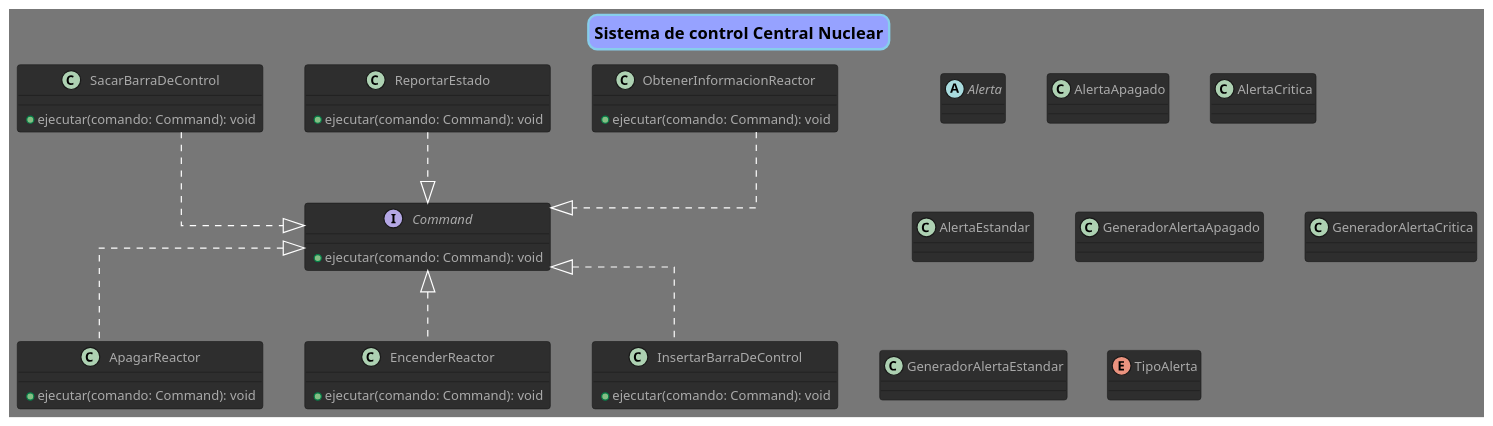
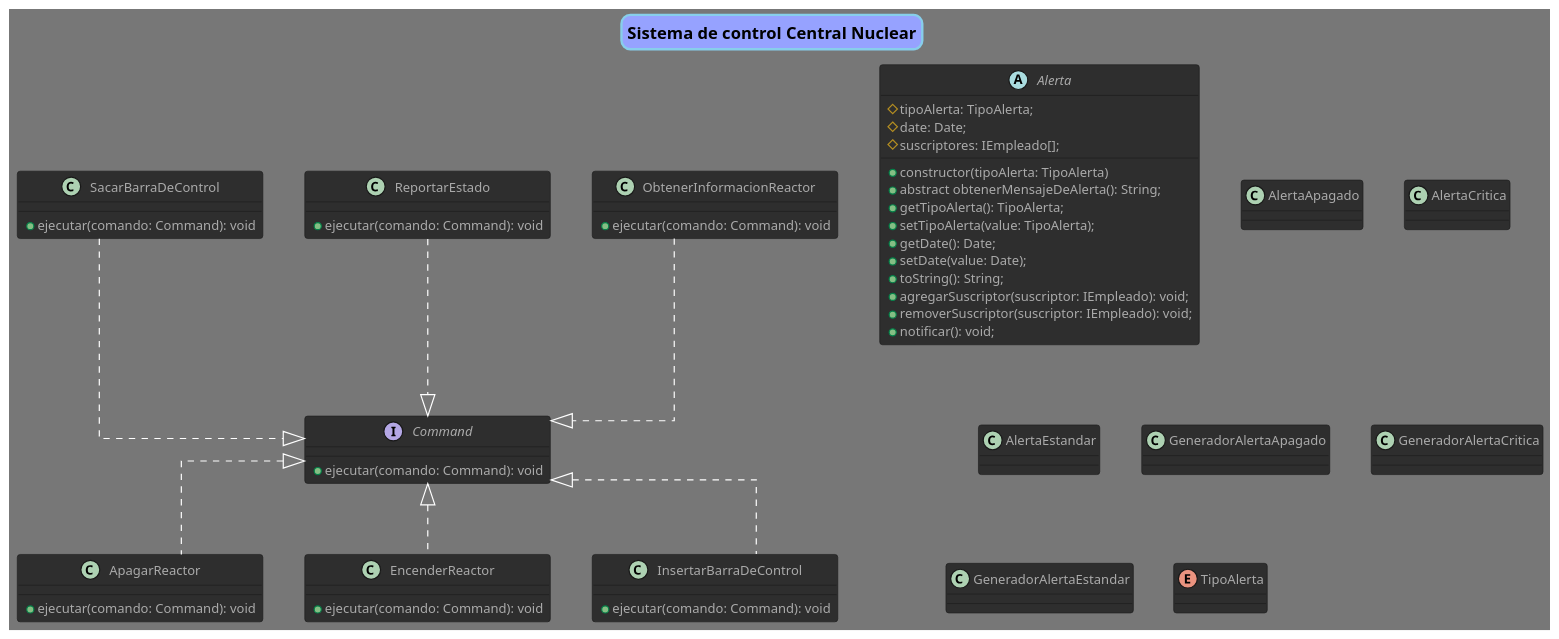
Before and after one commit to fmiguezo/reactor_nuclear: the diagram in diagrams/clases_sistema_control.puml, drawn with PlantUML.

Commit message:
clase Alerta

```diff
--- a/diagrams/clases_sistema_control.puml
+++ b/diagrams/clases_sistema_control.puml
@@ -1,86 +1,99 @@
 @startuml Tp
 
 title "Sistema de control Central Nuclear"
 !theme reddress-darkblue
 scale 1.3
 skinparam Linetype ortho
 
 skinparam titleBorderRoundCorner 15
 skinparam titleBorderThickness 2
 skinparam titleBorderColor skyBlue
 skinparam titleBackgroundColor #96a2ff
 
 
 
 interface Command {
     +ejecutar(comando: Command): void
 }
 
 class ApagarReactor {
     +ejecutar(comando: Command): void
 }
 
 class EncenderReactor {
     +ejecutar(comando: Command): void
 }
 
 class InsertarBarraDeControl {
     +ejecutar(comando: Command): void
 }
 
 class ObtenerInformacionReactor {
     +ejecutar(comando: Command): void
 }
 
 class ReportarEstado {
     +ejecutar(comando: Command): void
 }
 
 class SacarBarraDeControl {
     +ejecutar(comando: Command): void
 }
 
 abstract class Alerta {
+    #tipoAlerta: TipoAlerta;
+    #date: Date;
+    #suscriptores: IEmpleado[];
 
+    +constructor(tipoAlerta: TipoAlerta)
+    +abstract obtenerMensajeDeAlerta(): String;
+    +getTipoAlerta(): TipoAlerta;
+    +setTipoAlerta(value: TipoAlerta);
+    +getDate(): Date;
+    +setDate(value: Date);
+    +toString(): String;
+    +agregarSuscriptor(suscriptor: IEmpleado): void;
+    +removerSuscriptor(suscriptor: IEmpleado): void;
+    +notificar(): void;
 }
 
 class AlertaApagado {
 
 }
 
 class AlertaCritica {
 
 }
 
 class AlertaEstandar {
 
 }
 
 class GeneradorAlertaApagado {
 
 }
 
 class GeneradorAlertaCritica {
 
 }
 
 class GeneradorAlertaEstandar {
 
 }
 
 enum TipoAlerta {
 
 }
 
 
 
 ' Relaciones
 Command <|.. ApagarReactor
 Command <|.. EncenderReactor
 Command <|.. InsertarBarraDeControl
 Command <|.u. ObtenerInformacionReactor
 Command <|.u. ReportarEstado
 Command <|.u. SacarBarraDeControl
 
 
 @enduml
```
